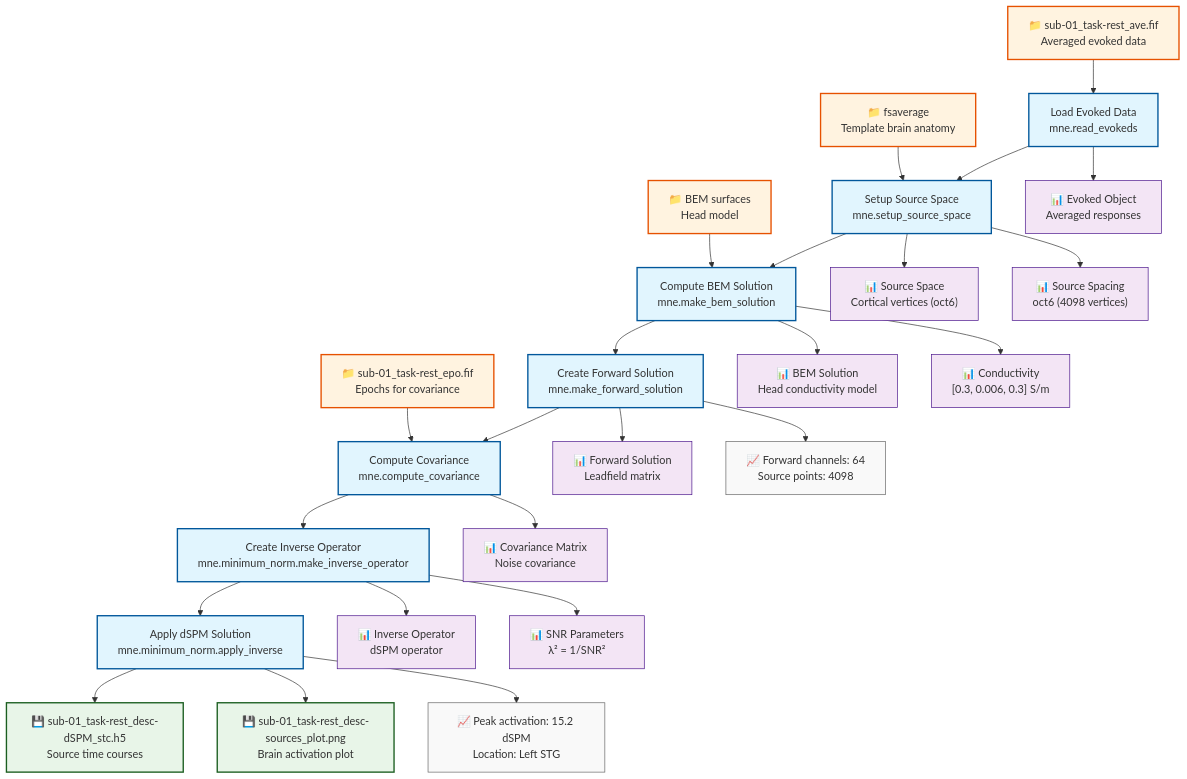
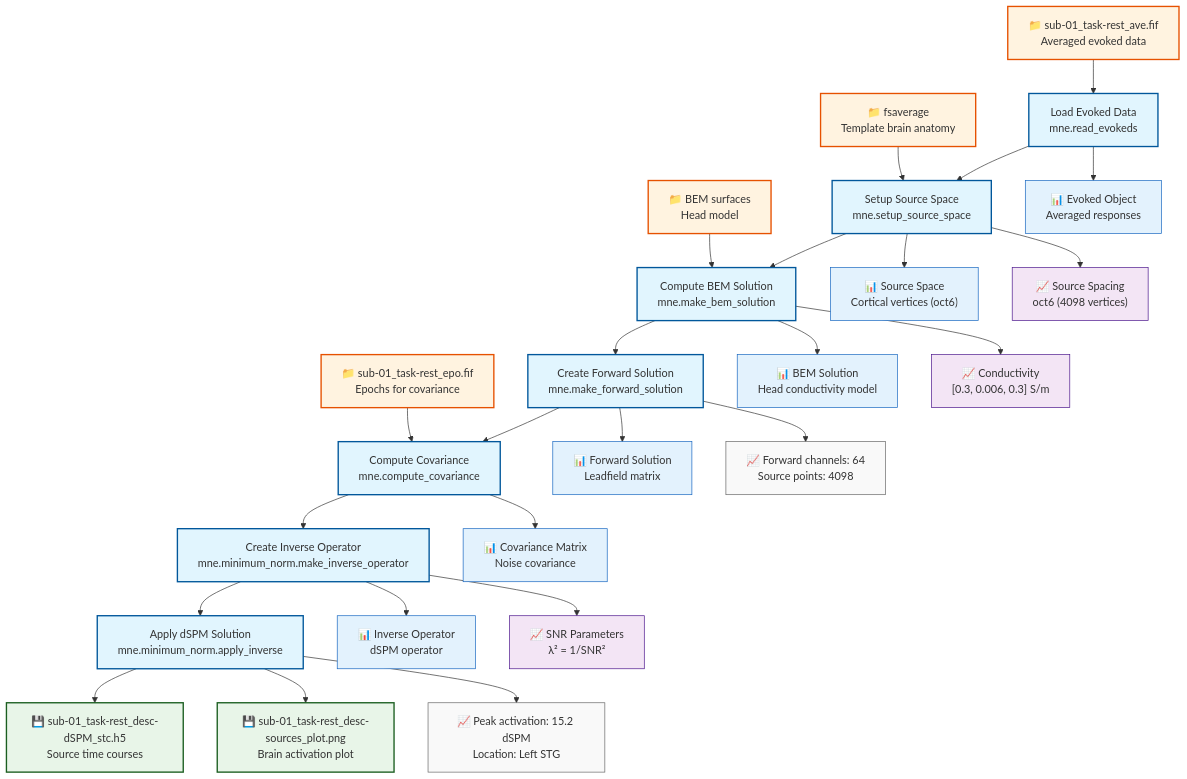
One commit to signalJourney/signalJourney changed the diagram in docs/examples/source_localization_mne.md. Above: the diagram before and after it, drawn with Mermaid. The commit also changed 9 other files, not shown here.

First line of the commit message:
docs: fix inline vs inmemory data distinction in mermaid diagrams

````diff
--- a/docs/examples/source_localization_mne.md
+++ b/docs/examples/source_localization_mne.md
@@ -18,49 +18,51 @@
 ```mermaid
 flowchart TD
     A[Load Evoked Data<br/>mne.read_evokeds] --> B[Setup Source Space<br/>mne.setup_source_space]
     B --> C[Compute BEM Solution<br/>mne.make_bem_solution]
     C --> D[Create Forward Solution<br/>mne.make_forward_solution]
     D --> E[Compute Covariance<br/>mne.compute_covariance]
     E --> F[Create Inverse Operator<br/>mne.minimum_norm.make_inverse_operator]
     F --> G[Apply dSPM Solution<br/>mne.minimum_norm.apply_inverse]
     
     %% Input data and resources
     H["📁 sub-01_task-rest_ave.fif<br/>Averaged evoked data"] --> A
     I["📁 sub-01_task-rest_epo.fif<br/>Epochs for covariance"] --> E
     J["📁 fsaverage<br/>Template brain anatomy"] --> B
     K["📁 BEM surfaces<br/>Head model"] --> C
     
     %% Intermediate outputs
     A --> A1["📊 Evoked Object<br/>Averaged responses"]
     B --> B1["📊 Source Space<br/>Cortical vertices (oct6)"]
     C --> C1["📊 BEM Solution<br/>Head conductivity model"]
     D --> D1["📊 Forward Solution<br/>Leadfield matrix"]
     E --> E1["📊 Covariance Matrix<br/>Noise covariance"]
     F --> F1["📊 Inverse Operator<br/>dSPM operator"]
     
     %% Analysis parameters
-    B --> V1["📊 Source Spacing<br/>oct6 (4098 vertices)"]
-    C --> V2["📊 Conductivity<br/>[0.3, 0.006, 0.3] S/m"]
-    F --> V3["📊 SNR Parameters<br/>λ² = 1/SNR²"]
+    B --> V1["📈 Source Spacing<br/>oct6 (4098 vertices)"]
+    C --> V2["📈 Conductivity<br/>[0.3, 0.006, 0.3] S/m"]
+    F --> V3["📈 SNR Parameters<br/>λ² = 1/SNR²"]
     
     %% Final outputs
     G --> L["💾 sub-01_task-rest_desc-dSPM_stc.h5<br/>Source time courses"]
     G --> M["💾 sub-01_task-rest_desc-sources_plot.png<br/>Brain activation plot"]
     
     %% Quality metrics
     D --> Q1["📈 Forward channels: 64<br/>Source points: 4098"]
     G --> Q2["📈 Peak activation: 15.2 dSPM<br/>Location: Left STG"]
 
     %% Styling
     classDef processStep fill:#e1f5fe,stroke:#01579b,stroke-width:2px
     classDef inputFile fill:#fff3e0,stroke:#e65100,stroke-width:2px
     classDef outputFile fill:#e8f5e8,stroke:#1b5e20,stroke-width:2px
+    classDef inMemoryData fill:#e3f2fd,stroke:#1565c0,stroke-width:1px
     classDef inlineData fill:#f3e5f5,stroke:#4a148c,stroke-width:1px
     classDef qualityMetric fill:#f9f9f9,stroke:#666,stroke-width:1px
 
     class A,B,C,D,E,F,G processStep
     class H,I,J,K inputFile
     class L,M outputFile
-    class A1,B1,C1,D1,E1,F1,V1,V2,V3 inlineData
+    class A1,B1,C1,D1,E1,F1 inMemoryData
+    class V1,V2,V3 inlineData
     class Q1,Q2 qualityMetric
 ```
````
